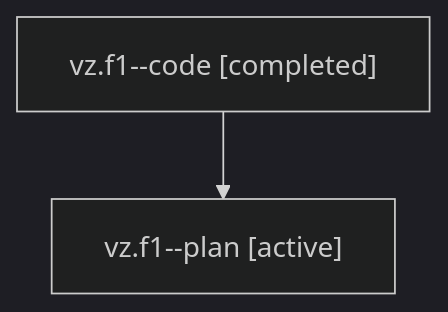
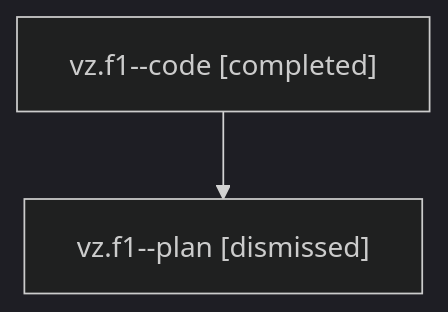
The diagram in sessions/bbugyi200.athena.vz.f1.md (bobs-org/bob-cli--agents), drawn with Mermaid (dark theme) before and after one commit. The commit also changed other lines of this file and 33 other files, not shown here.

````diff
--- a/sessions/bbugyi200.athena.vz.f1.md
+++ b/sessions/bbugyi200.athena.vz.f1.md
@@ -9,6 +9,6 @@
 ```mermaid
 flowchart TD
   n0["vz.f1--code [completed]"]
-  n1["vz.f1--plan [active]"]
+  n1["vz.f1--plan [dismissed]"]
   n0 --> n1
 ```
````
